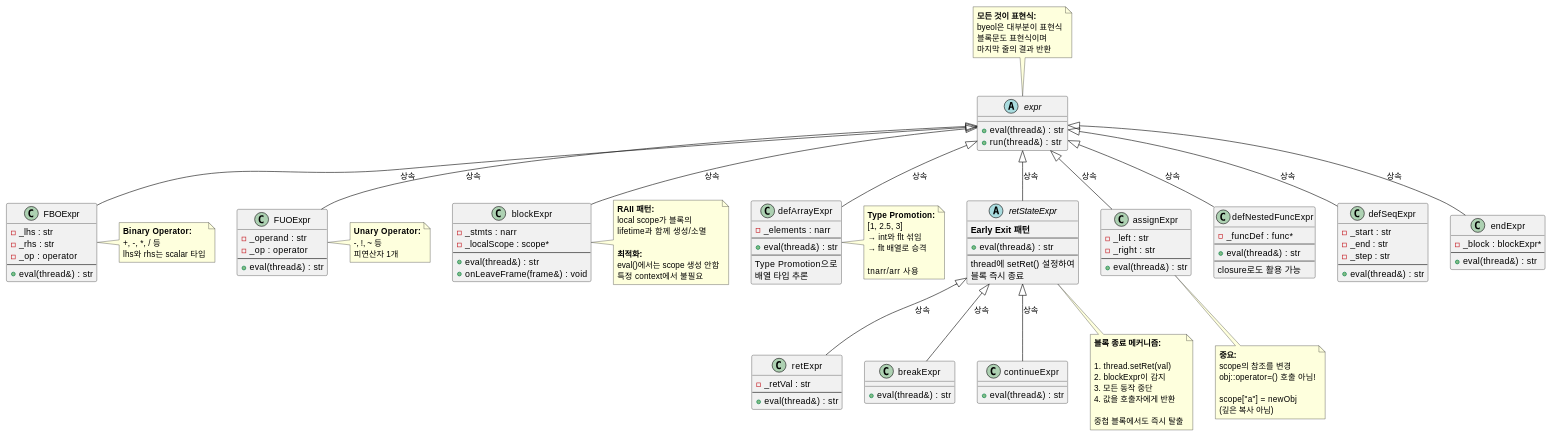
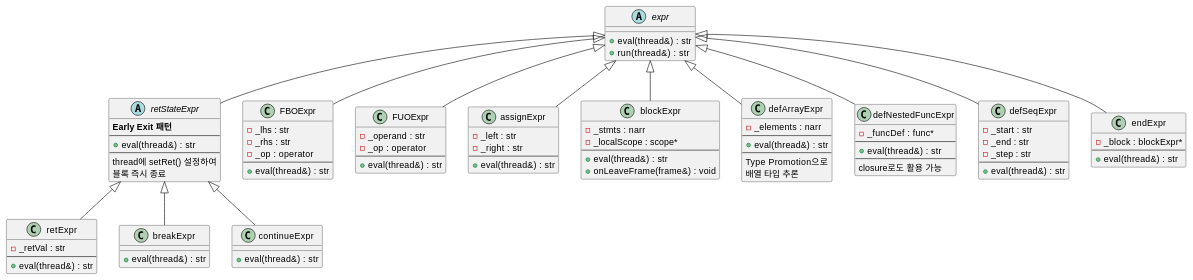
One commit to byeolang/byeol changed the fifth of 19 diagrams in doc/ref/ko/ai-architecture-core.md. Above: the diagram before and after it, drawn with PlantUML. The commit also changed other lines of this file, not shown here.

```diff
--- a/doc/ref/ko/ai-architecture-core.md
+++ b/doc/ref/ko/ai-architecture-core.md
@@ -1232,76 +1337,17 @@
     + eval(thread&) : str
 }
 
-note top of expr
-  <b>모든 것이 표현식:</b>
-  byeol은 대부분이 표현식
-  블록문도 표현식이며
-  마지막 줄의 결과 반환
-end note
+expr <|-- FBOExpr
+expr <|-- FUOExpr
+expr <|-- assignExpr
+expr <|-- blockExpr
+expr <|-- defArrayExpr
+expr <|-- defNestedFuncExpr
+expr <|-- defSeqExpr
+expr <|-- endExpr
+expr <|-- retStateExpr
 
-note right of FBOExpr
-  <b>Binary Operator:</b>
-  +, -, *, / 등
-  lhs와 rhs는 scalar 타입
-end note
-
-note right of FUOExpr
-  <b>Unary Operator:</b>
-  -, !, ~ 등
-  피연산자 1개
-end note
-
-note bottom of assignExpr
-  <b>중요:</b>
-  scope의 참조를 변경
-  obj::operator=() 호출 아님!
-
-  scope["a"] = newObj
-  (깊은 복사 아님)
-end note
-
-note right of blockExpr
-  <b>RAII 패턴:</b>
-  local scope가 블록의
-  lifetime과 함께 생성/소멸
-
-  <b>최적화:</b>
-  eval()에서는 scope 생성 안함
-  특정 context에서 불필요
-end note
-
-note right of defArrayExpr
-  <b>Type Promotion:</b>
-  [1, 2.5, 3]
-  → int와 flt 섞임
-  → flt 배열로 승격
-
-  tnarr/arr 사용
-end note
-
-note bottom of retStateExpr
-  <b>블록 종료 메커니즘:</b>
-
-  1. thread.setRet(val)
-  2. blockExpr이 감지
-  3. 모든 동작 중단
-  4. 값을 호출자에게 반환
-
-  중첩 블록에서도 즉시 탈출
-end note
-
-expr <|-- FBOExpr : 상속
-expr <|-- FUOExpr : 상속
-expr <|-- assignExpr : 상속
-expr <|-- blockExpr : 상속
-expr <|-- defArrayExpr : 상속
-expr <|-- defNestedFuncExpr : 상속
-expr <|-- defSeqExpr : 상속
-expr <|-- endExpr : 상속
-expr <|-- retStateExpr : 상속
-
-retStateExpr <|-- retExpr : 상속
-retStateExpr <|-- breakExpr : 상속
-retStateExpr <|-- continueExpr : 상속
-
+retStateExpr <|-- retExpr
+retStateExpr <|-- breakExpr
+retStateExpr <|-- continueExpr
 @enduml
```
